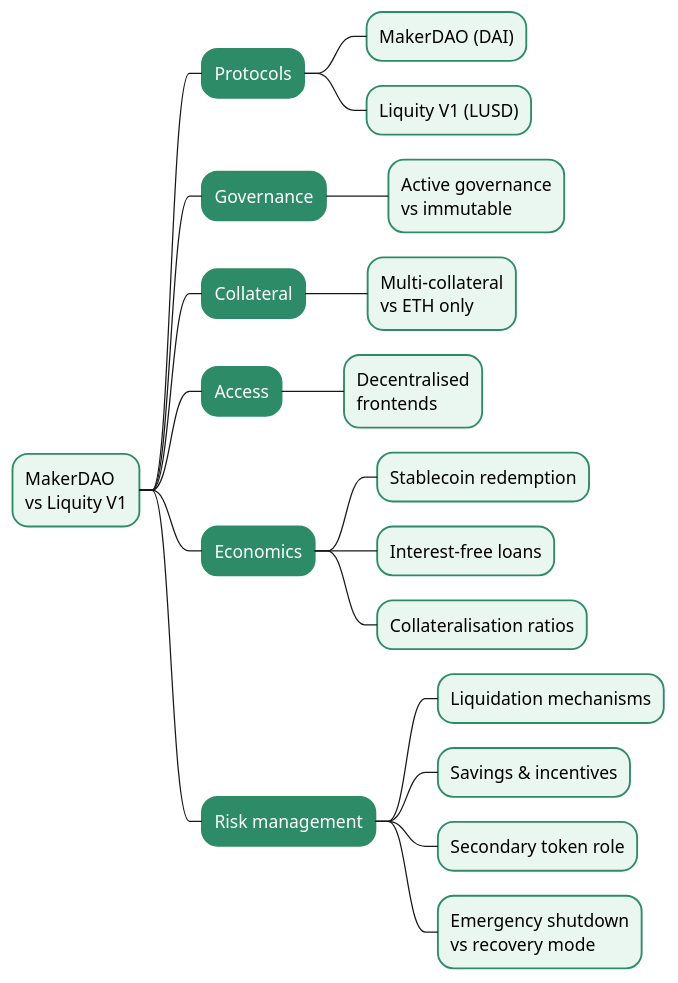
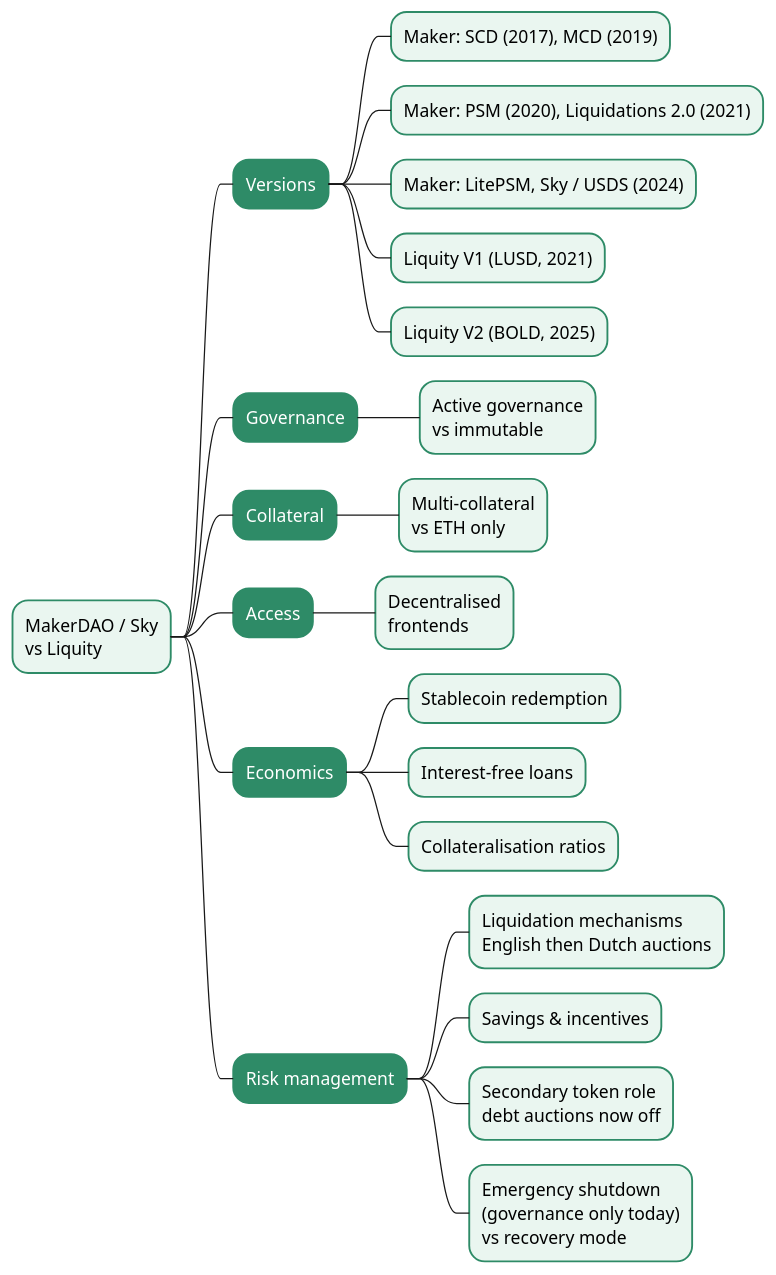
One commit to rya-sge/access-denied changed the diagram in assets/article/blockchain/defi/2024-12-16-10-Key-Differences-Between-MakerDAO-and-Liquity-mindmap.puml. Above: the diagram before and after it, drawn with PlantUML. The commit also changed 45 other files, not shown here.

```diff
--- a/assets/article/blockchain/defi/2024-12-16-10-Key-Differences-Between-MakerDAO-and-Liquity-mindmap.puml
+++ b/assets/article/blockchain/defi/2024-12-16-10-Key-Differences-Between-MakerDAO-and-Liquity-mindmap.puml
@@ -1,33 +1,36 @@
 @startmindmap
 <style>
 mindmapDiagram {
   node {
     BackgroundColor #EAF6F0
     LineColor #2E8B67
   }
   :depth(1) {
     BackgroundColor #2E8B67
     FontColor white
   }
 }
 </style>
-* MakerDAO\nvs Liquity V1
-** Protocols
-*** MakerDAO (DAI)
-*** Liquity V1 (LUSD)
+* MakerDAO / Sky\nvs Liquity
+** Versions
+*** Maker: SCD (2017), MCD (2019)
+*** Maker: PSM (2020), Liquidations 2.0 (2021)
+*** Maker: LitePSM, Sky / USDS (2024)
+*** Liquity V1 (LUSD, 2021)
+*** Liquity V2 (BOLD, 2025)
 ** Governance
 *** Active governance\nvs immutable
 ** Collateral
 *** Multi-collateral\nvs ETH only
 ** Access
 *** Decentralised\nfrontends
 ** Economics
 *** Stablecoin redemption
 *** Interest-free loans
 *** Collateralisation ratios
 ** Risk management
-*** Liquidation mechanisms
+*** Liquidation mechanisms\nEnglish then Dutch auctions
 *** Savings & incentives
-*** Secondary token role
-*** Emergency shutdown\nvs recovery mode
+*** Secondary token role\ndebt auctions now off
+*** Emergency shutdown\n(governance only today)\nvs recovery mode
 @endmindmap
```
